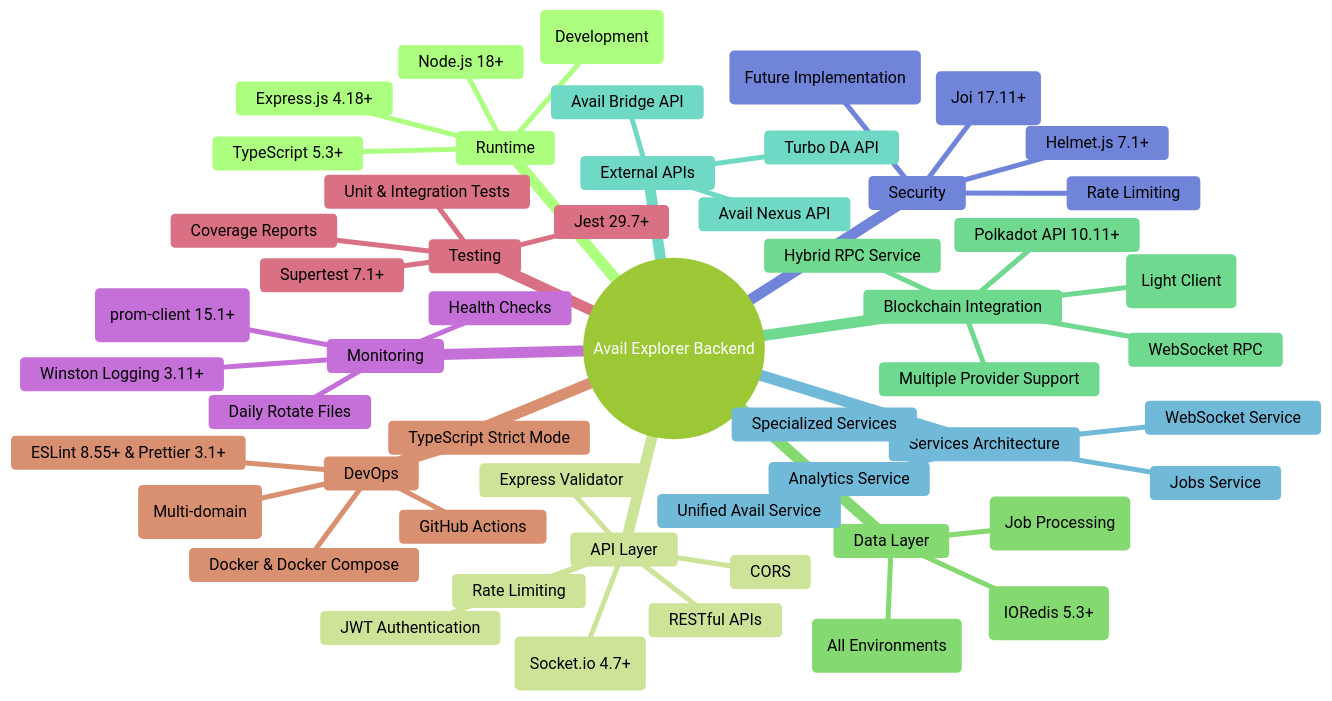
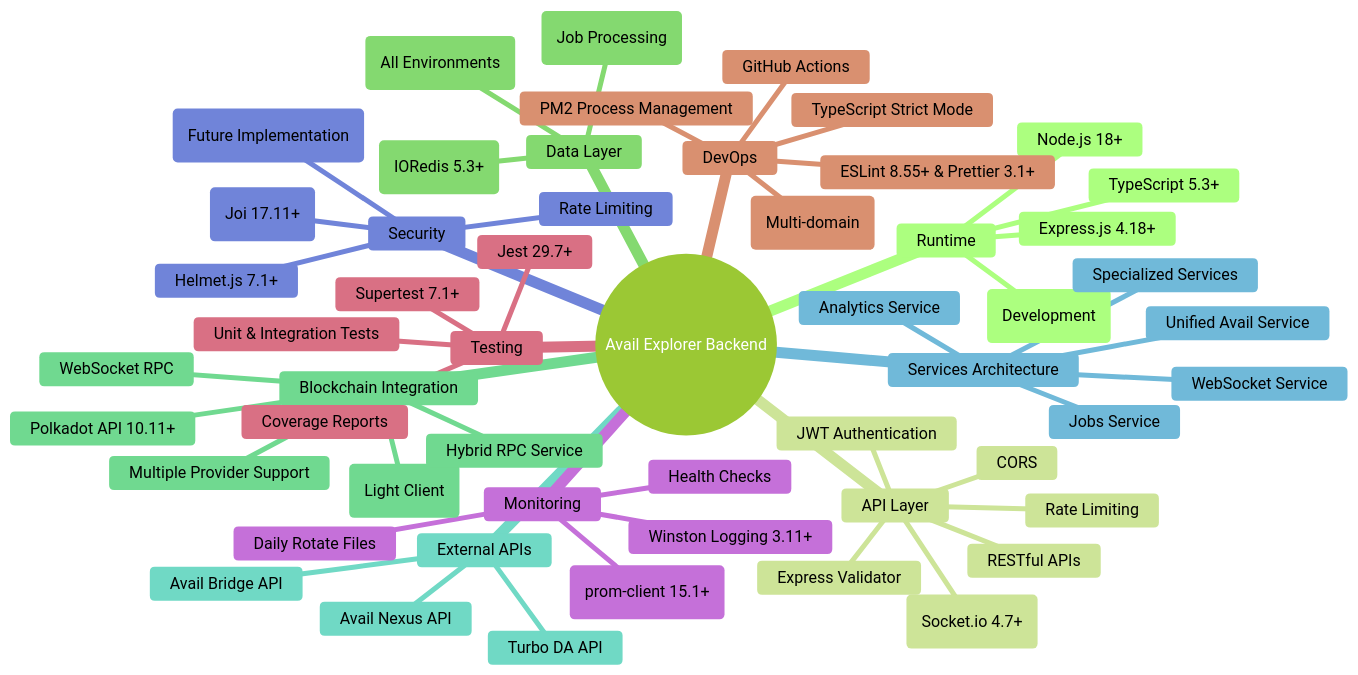
Before and after one commit to avail-dashboard/server: the fourth of 8 diagrams in AI Documentation/Project_Architecture_Diagram.md, drawn with Mermaid (forest theme). The commit also changed other lines of this file and 11 other files, not shown here.

````diff
--- a/AI Documentation/Project_Architecture_Diagram.md
+++ b/AI Documentation/Project_Architecture_Diagram.md
@@ -302,57 +302,57 @@
 ```mermaid
 mindmap
   root((Avail Explorer Backend))
     Runtime
       Node.js 18+
       TypeScript 5.3+
       Express.js 4.18+
       tsx (Development)
     API Layer
       RESTful APIs
       WebSocket (Socket.io 4.7+)
       Rate Limiting
       CORS
       JWT Authentication
       Express Validator
     Data Layer
       PostgreSQL 15 (All Environments)
       Redis 7 (IORedis 5.3+)
       Bull Queue (Job Processing)
     Blockchain Integration
       Polkadot API 10.11+
       Smoldot 2.0+ (Light Client)
       WebSocket RPC
       Hybrid RPC Service
       Multiple Provider Support
     External APIs
       Turbo DA API
       Avail Nexus API
       Avail Bridge API
     Services Architecture
       Unified Avail Service
       Specialized Services
       Analytics Service
       WebSocket Service
       Jobs Service
     Security
       Helmet.js 7.1+
       Input Validation (Joi 17.11+)
       JWT (Future Implementation)
       Rate Limiting
     Monitoring
       Winston Logging 3.11+
       Daily Rotate Files
       Prometheus Metrics (prom-client 15.1+)
       Health Checks
     Testing
       Jest 29.7+
       Supertest 7.1+
       Unit & Integration Tests
       Coverage Reports
     DevOps
-      Docker & Docker Compose
+      PM2 Process Management
       Nginx (Multi-domain)
       GitHub Actions
       ESLint 8.55+ & Prettier 3.1+
       TypeScript Strict Mode
 ```
````
